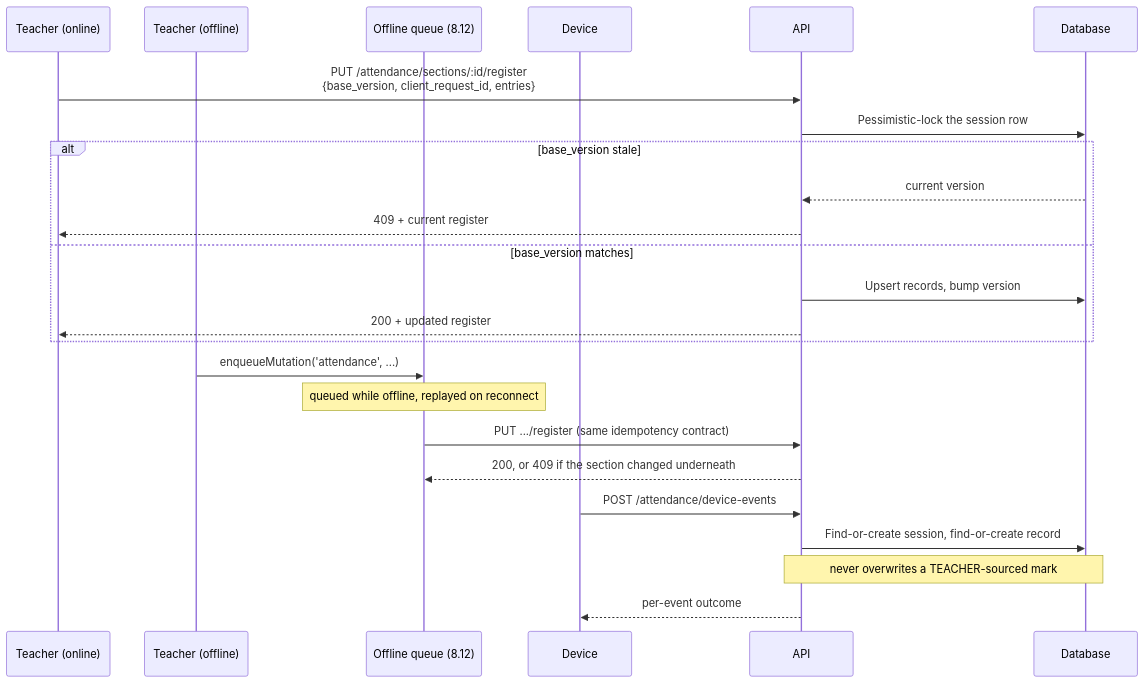
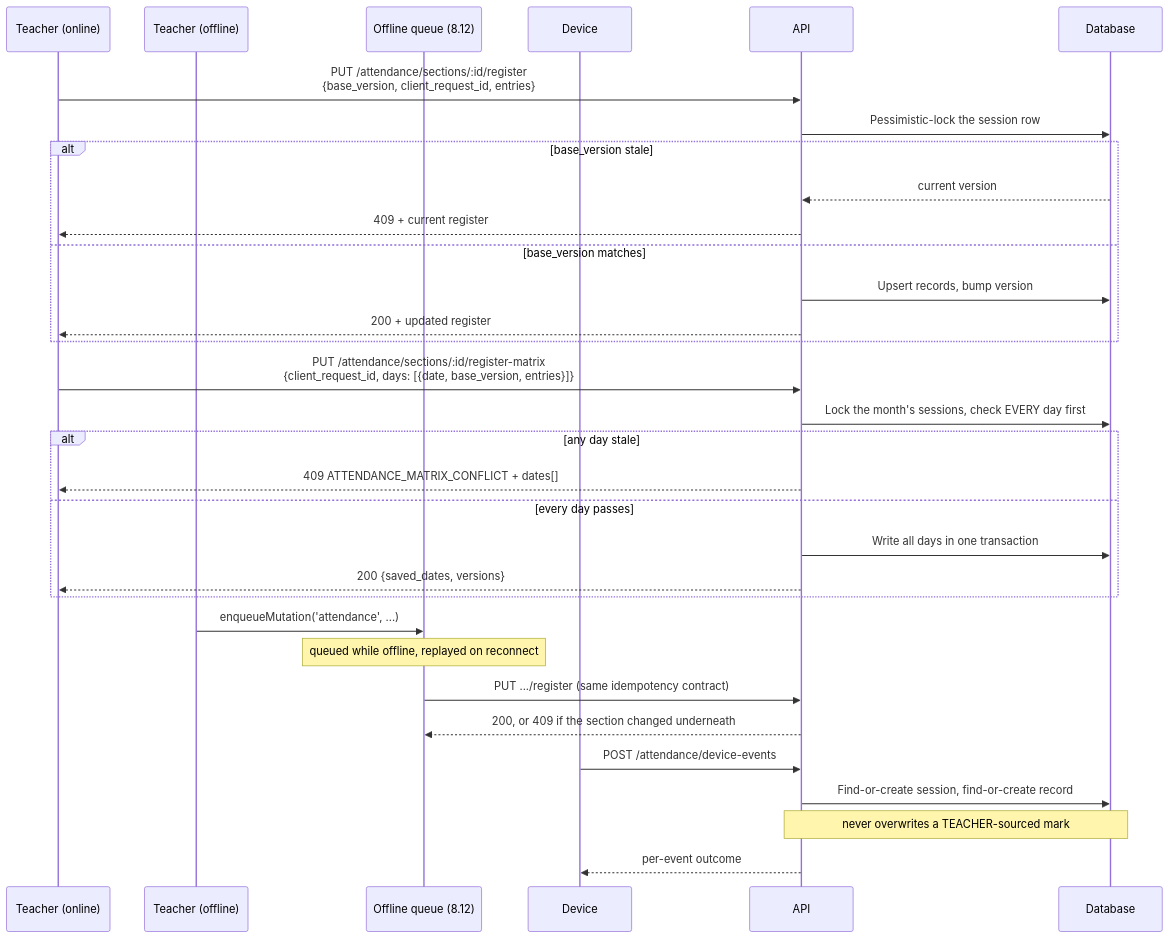
The second of 7 diagrams in docs/architecture/11-attendance.md (tareq89/biddaloy), drawn with Mermaid before and after one commit. The commit also changed other lines of this file and 6 other files, not shown here.

````diff
--- a/docs/architecture/11-attendance.md
+++ b/docs/architecture/11-attendance.md
@@ -58,29 +60,38 @@
 ```mermaid
 sequenceDiagram
     participant T as Teacher (online)
     participant TO as Teacher (offline)
     participant Q as Offline queue (8.12)
     participant D as Device
     participant A as API
     participant DB as Database
 
     T->>A: PUT /attendance/sections/:id/register<br/>{base_version, client_request_id, entries}
     A->>DB: Pessimistic-lock the session row
     alt base_version stale
         DB-->>A: current version
         A-->>T: 409 + current register
     else base_version matches
         A->>DB: Upsert records, bump version
         A-->>T: 200 + updated register
     end
 
+    T->>A: PUT /attendance/sections/:id/register-matrix<br/>{client_request_id, days: [{date, base_version, entries}]}
+    A->>DB: Lock the month's sessions, check EVERY day first
+    alt any day stale
+        A-->>T: 409 ATTENDANCE_MATRIX_CONFLICT + dates[]
+    else every day passes
+        A->>DB: Write all days in one transaction
+        A-->>T: 200 {saved_dates, versions}
+    end
+
     TO->>Q: enqueueMutation('attendance', ...)
     Note over Q: queued while offline, replayed on reconnect
     Q->>A: PUT .../register (same idempotency contract)
     A-->>Q: 200, or 409 if the section changed underneath
 
     D->>A: POST /attendance/device-events
     A->>DB: Find-or-create session, find-or-create record
     Note over A,DB: never overwrites a TEACHER-sourced mark
     A-->>D: per-event outcome
 ```
````
